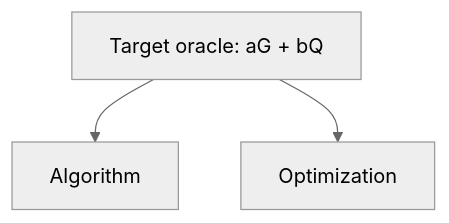
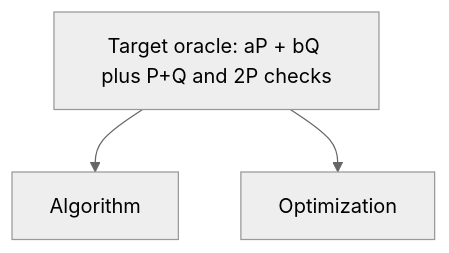
Before and after one commit to ecdlp-contest/ecdlp-5-bit: the diagram in README.md, drawn with Mermaid (neutral theme). The commit also changed other lines of this file and 11 other files, not shown here.

````diff
--- a/README.md
+++ b/README.md
@@ -202,9 +218,9 @@
 ```mermaid
 flowchart TD
-  Target["Target oracle: aG + bQ"]
+  Target["Target oracle: aP + bQ plus P+Q and 2P checks"]
   Algorithm["Algorithm"]
   Optimization["Optimization"]
 
   Target --> Algorithm
   Target --> Optimization
 ```
````
